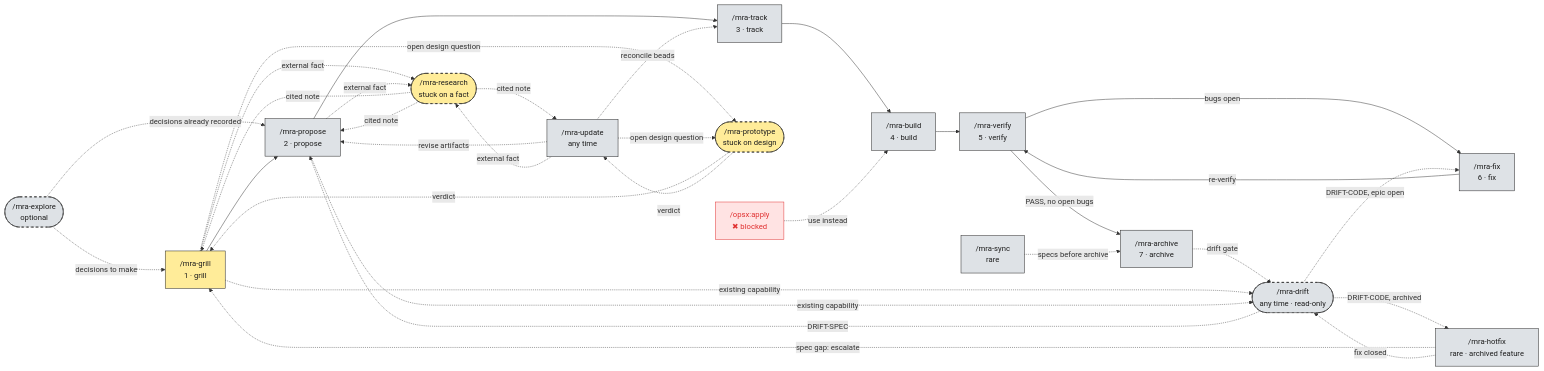
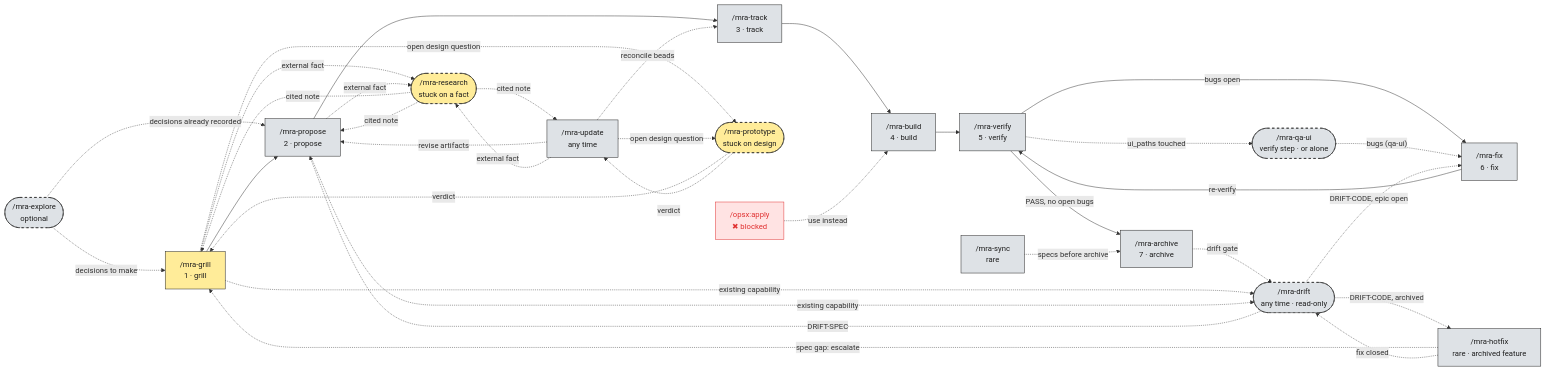
The first of 5 diagrams in payload/orchestrator/.mra-flow/docs/mra-flow.md (Ancora-Ancora/mra-flow), drawn with Mermaid before and after one commit. The commit also changed other lines of this file and 17 other files, not shown here.

First line of the commit message:
Add /mra-qa-ui: UI checks in a real browser during verify; release 0.1.16

````diff
--- a/payload/orchestrator/.mra-flow/docs/mra-flow.md
+++ b/payload/orchestrator/.mra-flow/docs/mra-flow.md
@@ -9,53 +9,56 @@
 ```mermaid
 flowchart LR
     classDef phase fill:#dee2e6,stroke:#1e1e1e,color:#1e1e1e
     classDef mpwrap fill:#ffec99,stroke:#1e1e1e,color:#1e1e1e
     classDef optional fill:#dee2e6,stroke:#1e1e1e,stroke-dasharray:5 5,color:#1e1e1e
     classDef mpwrapopt fill:#ffec99,stroke:#1e1e1e,stroke-dasharray:5 5,color:#1e1e1e
     classDef blocked fill:#ffe3e3,stroke:#e03131,color:#e03131
 
     explore(["/mra-explore<br/>optional"]):::optional
     grill["/mra-grill<br/>1 · grill"]:::mpwrap
     propose["/mra-propose<br/>2 · propose"]:::phase
     track["/mra-track<br/>3 · track"]:::phase
     build["/mra-build<br/>4 · build"]:::phase
     verify["/mra-verify<br/>5 · verify"]:::phase
+    qaui(["/mra-qa-ui<br/>verify step · or alone"]):::optional
     fix["/mra-fix<br/>6 · fix"]:::phase
     archive["/mra-archive<br/>7 · archive"]:::phase
     update["/mra-update<br/>any time"]:::phase
     sync["/mra-sync<br/>rare"]:::phase
     hotfix["/mra-hotfix<br/>rare · archived feature"]:::phase
     drift(["/mra-drift<br/>any time · read-only"]):::optional
     proto(["/mra-prototype<br/>stuck on design"]):::mpwrapopt
     research(["/mra-research<br/>stuck on a fact"]):::mpwrapopt
     apply["/opsx:apply<br/>✖ blocked"]:::blocked
 
     explore -. decisions to make .-> grill
     explore -. decisions already recorded .-> propose
     grill --> propose --> track --> build --> verify
     verify -- bugs open --> fix
+    verify -. ui_paths touched .-> qaui
+    qaui -. "bugs (qa-ui)" .-> fix
     fix -- re-verify --> verify
     verify -- "PASS, no open bugs" --> archive
     archive -. drift gate .-> drift
     update -. revise artifacts .-> propose
     update -. reconcile beads .-> track
     sync -. specs before archive .-> archive
     hotfix -. spec gap: escalate .-> grill
     hotfix -. fix closed .-> drift
     grill -. existing capability .-> drift
     propose -. existing capability .-> drift
     drift -. DRIFT-SPEC .-> propose
     drift -. DRIFT-CODE, epic open .-> fix
     drift -. DRIFT-CODE, archived .-> hotfix
     grill -. open design question .-> proto
     update -. open design question .-> proto
     proto -. verdict .-> grill
     proto -. verdict .-> update
     grill -. external fact .-> research
     propose -. external fact .-> research
     update -. external fact .-> research
     research -. cited note .-> grill
     research -. cited note .-> propose
     research -. cited note .-> update
     apply -. use instead .-> build
 ```
````
